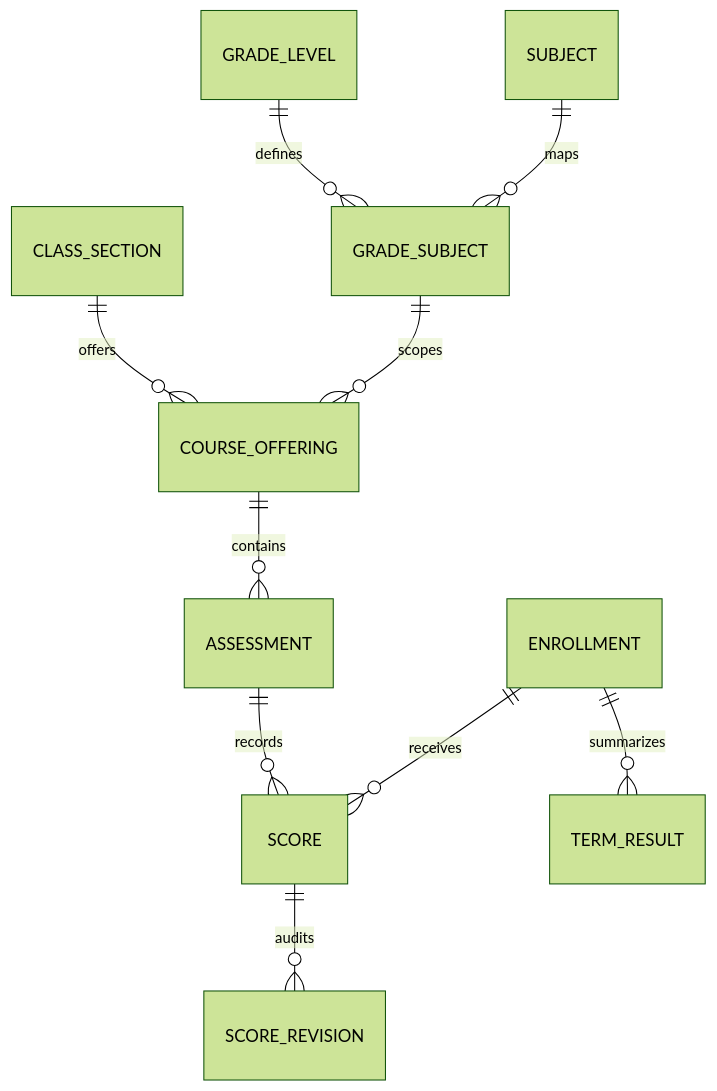
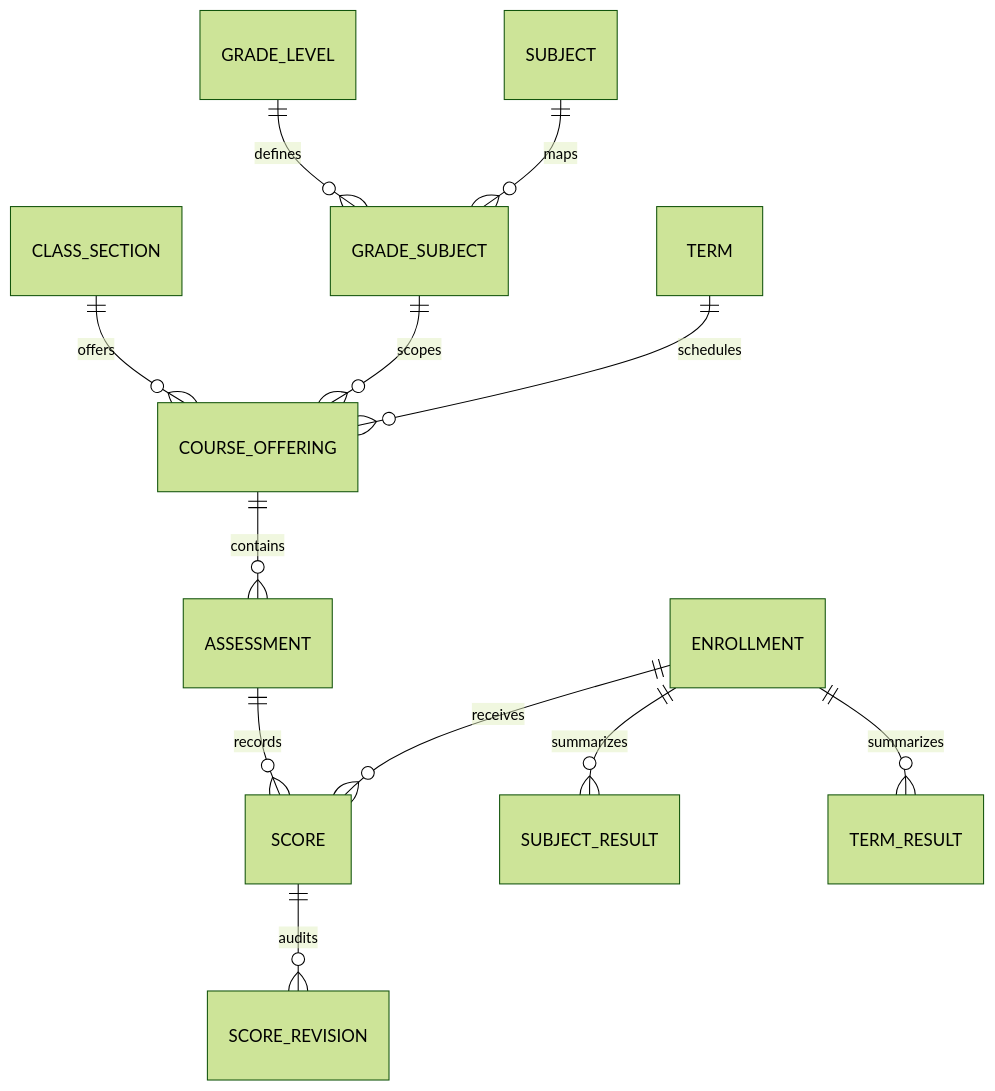
The third of 5 diagrams in Backend/docs/03-DATA_MODEL_FA.md (leonardo0231/hamamooz-platform), drawn with Mermaid (forest theme) before and after one commit. The commit also changed other lines of this file and 22 other files, not shown here.

````diff
--- a/Backend/docs/03-DATA_MODEL_FA.md
+++ b/Backend/docs/03-DATA_MODEL_FA.md
@@ -22,12 +62,14 @@
 ```mermaid
 erDiagram
     GRADE_LEVEL ||--o{ GRADE_SUBJECT : defines
     SUBJECT ||--o{ GRADE_SUBJECT : maps
     CLASS_SECTION ||--o{ COURSE_OFFERING : offers
     GRADE_SUBJECT ||--o{ COURSE_OFFERING : scopes
+    TERM ||--o{ COURSE_OFFERING : schedules
     COURSE_OFFERING ||--o{ ASSESSMENT : contains
     ASSESSMENT ||--o{ SCORE : records
     ENROLLMENT ||--o{ SCORE : receives
     SCORE ||--o{ SCORE_REVISION : audits
+    ENROLLMENT ||--o{ SUBJECT_RESULT : summarizes
     ENROLLMENT ||--o{ TERM_RESULT : summarizes
 ```
````
